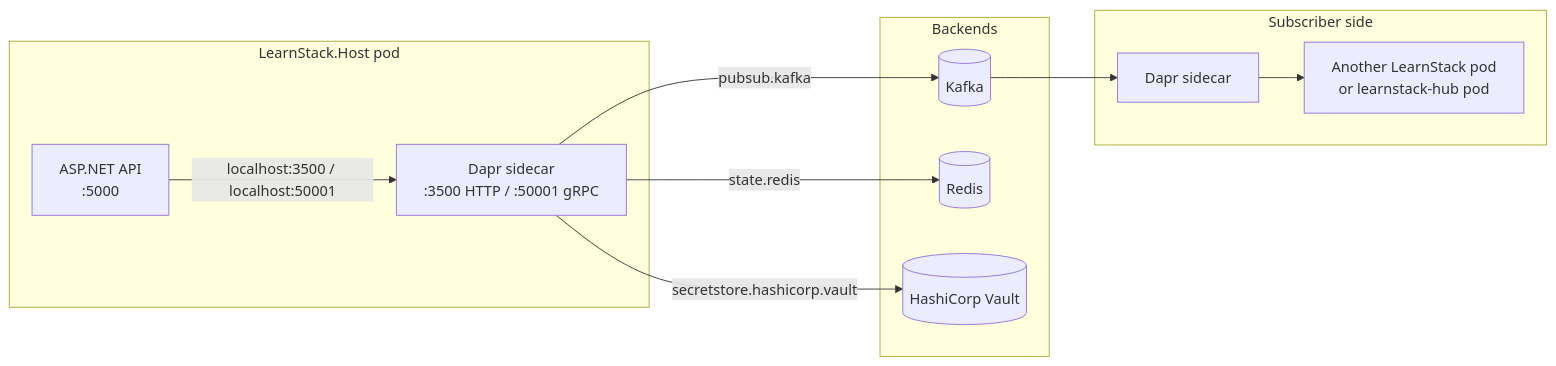
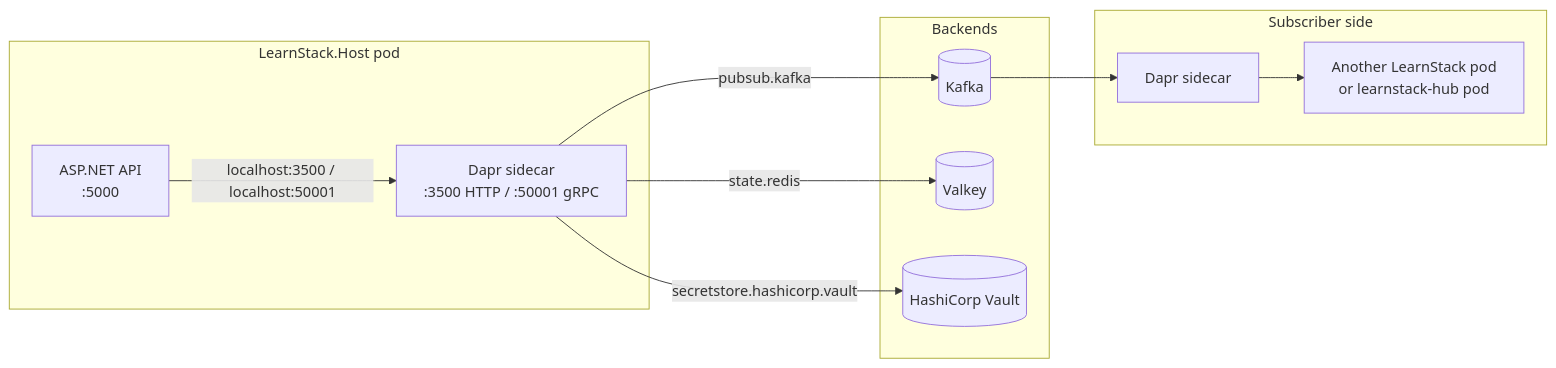
The diagram in docs/architecture/29-dapr-integration.md (HodeTech/LearnStack), drawn with Mermaid before and after one commit. The commit also changed other lines of this file and 45 other files, not shown here.

````diff
--- a/docs/architecture/29-dapr-integration.md
+++ b/docs/architecture/29-dapr-integration.md
@@ -14,26 +14,26 @@
 ```mermaid
 flowchart LR
     subgraph App[LearnStack.Host pod]
         API[ASP.NET API\n:5000]
         Daprd[Dapr sidecar\n:3500 HTTP / :50001 gRPC]
     end
 
     API -- localhost:3500 / localhost:50001 --> Daprd
 
     subgraph Backends[Backends]
         Kafka[(Kafka)]
-        Redis[(Redis)]
+        Valkey[(Valkey)]
         Vault[(HashiCorp Vault)]
     end
 
     Daprd -- pubsub.kafka --> Kafka
-    Daprd -- state.redis --> Redis
+    Daprd -- state.redis --> Valkey
     Daprd -- secretstore.hashicorp.vault --> Vault
 
     subgraph Subscribers[Subscriber side]
         OtherApp[Another LearnStack pod\nor learnstack-hub pod]
         OtherDaprd[Dapr sidecar]
     end
 
     Kafka --> OtherDaprd --> OtherApp
 ```
````
